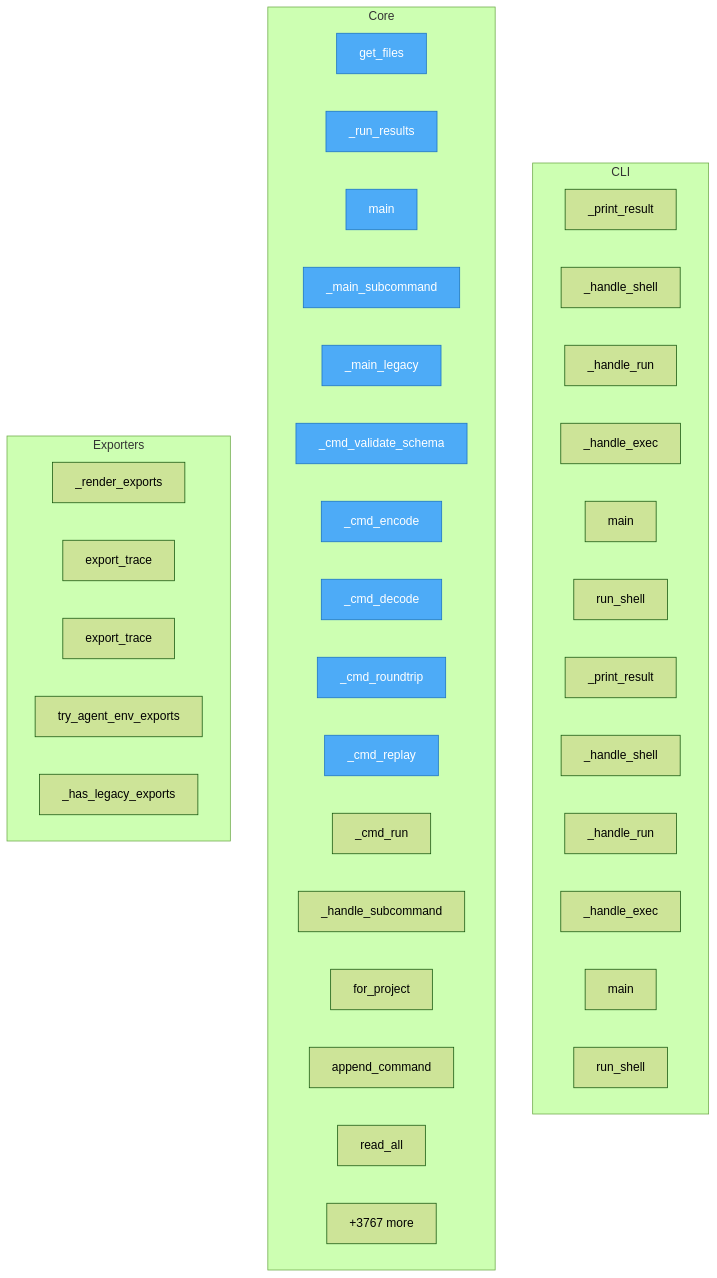
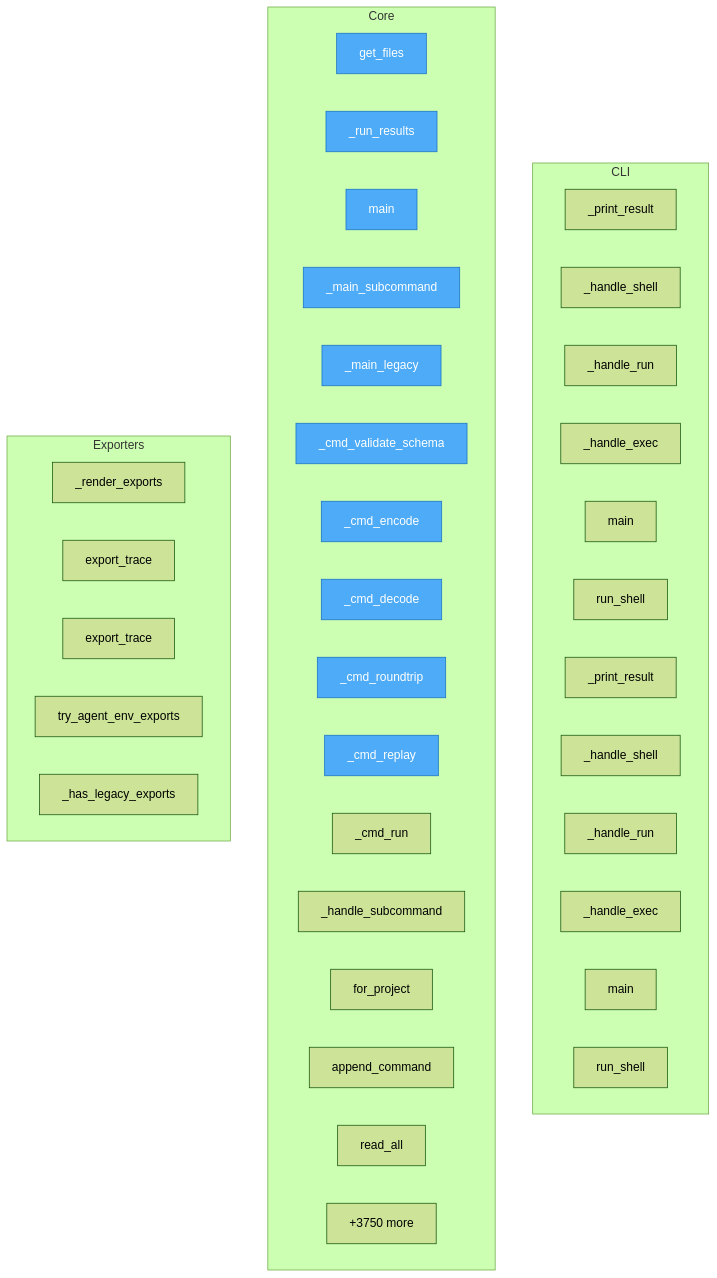
One commit to semcod/koru changed the diagram in project/flow.mmd. Above: the diagram before and after it, drawn with Mermaid (forest theme). The commit also changed 41 other files, not shown here.

```diff
--- a/project/flow.mmd
+++ b/project/flow.mmd
@@ -1,49 +1,49 @@
 flowchart TD
-%% generated in 1.10s
+%% generated in 1.67s
 
     %% Entry points (blue)
     classDef entry fill:#4dabf7,stroke:#1971c2,color:#fff
 
     subgraph CLI
         packages__cli2koru__src__cli2koru__cli___print_result["_print_result"]
         packages__cli2koru__src__cli2koru__cli___handle_shell["_handle_shell"]
         packages__cli2koru__src__cli2koru__cli___handle_run["_handle_run"]
         packages__cli2koru__src__cli2koru__cli___handle_exec["_handle_exec"]
         packages__cli2koru__src__cli2koru__cli__main["main"]
         packages__cli2koru__src__cli2koru__shell__run_shell["run_shell"]
         packages__cli2coru__src__cli2coru__cli___print_result["_print_result"]
         packages__cli2coru__src__cli2coru__cli___handle_shell["_handle_shell"]
         packages__cli2coru__src__cli2coru__cli___handle_run["_handle_run"]
         packages__cli2coru__src__cli2coru__cli___handle_exec["_handle_exec"]
         packages__cli2coru__src__cli2coru__cli__main["main"]
         packages__cli2coru__src__cli2coru__shell__run_shell["run_shell"]
     end
 
     subgraph Core
         check_dups__get_files["get_files"]
         packages__dsl2koru__src__dsl2koru__cli___run_results["_run_results"]
         packages__dsl2koru__src__dsl2koru__cli__main["main"]
         packages__dsl2koru__src__dsl2koru__cli___main_subcommand["_main_subcommand"]
         packages__dsl2koru__src__dsl2koru__cli___main_legacy["_main_legacy"]
         packages__dsl2koru__src__dsl2koru__cli___cmd_validate_schema["_cmd_validate_schema"]
         packages__dsl2koru__src__dsl2koru__cli___cmd_encode["_cmd_encode"]
         packages__dsl2koru__src__dsl2koru__cli___cmd_decode["_cmd_decode"]
         packages__dsl2koru__src__dsl2koru__cli___cmd_roundtrip["_cmd_roundtrip"]
         packages__dsl2koru__src__dsl2koru__cli___cmd_replay["_cmd_replay"]
         packages__dsl2koru__src__dsl2koru__cli___cmd_run["_cmd_run"]
         packages__dsl2koru__src__dsl2koru__cli___handle_subcommand["_handle_subcommand"]
         packages__dsl2koru__src__dsl2koru__events__EventStore__for_project["for_project"]
         packages__dsl2koru__src__dsl2koru__events__EventStore__append_command["append_command"]
         packages__dsl2koru__src__dsl2koru__events__EventStore__read_all["read_all"]
-        ...["+3767 more"]
+        ...["+3750 more"]
     end
 
     subgraph Exporters
         packages__koruenv__src__koruenv__cli___render_exports["_render_exports"]
         packages__nlpshim__src__nlpshim__conversation_client__ConversationTestClient__export_trace["export_trace"]
         packages__nlpshim__src__nlpshim__conversation_test_api__export_trace["export_trace"]
         src__koru__agent_cli_helpers__try_agent_env_exports["try_agent_env_exports"]
         src__koru__cli___has_legacy_exports["_has_legacy_exports"]
     end
 
     class check_dups__get_files,packages__dsl2koru__src__dsl2koru__cli___run_results,packages__dsl2koru__src__dsl2koru__cli__main,packages__dsl2koru__src__dsl2koru__cli___main_subcommand,packages__dsl2koru__src__dsl2koru__cli___main_legacy,packages__dsl2koru__src__dsl2koru__cli___cmd_validate_schema,packages__dsl2koru__src__dsl2koru__cli___cmd_encode,packages__dsl2koru__src__dsl2koru__cli___cmd_decode,packages__dsl2koru__src__dsl2koru__cli___cmd_roundtrip,packages__dsl2koru__src__dsl2koru__cli___cmd_replay entry
```
